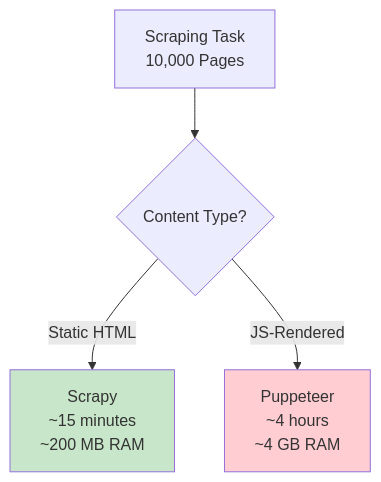
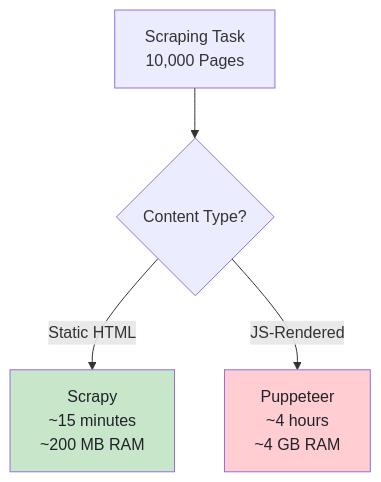
The third of 5 diagrams in _posts/2026-02-27-scrapy-vs-puppeteer-when-to-use-crawler-vs-browser.md (bytetunnels/bytetunnels.github.com), drawn with Mermaid before and after one commit. The commit also changed other lines of this file and 118 other files, not shown here.

Commit message:
feat: improve diagram styling and compact wide flowcharts

````diff
--- a/_posts/2026-02-27-scrapy-vs-puppeteer-when-to-use-crawler-vs-browser.md
+++ b/_posts/2026-02-27-scrapy-vs-puppeteer-when-to-use-crawler-vs-browser.md
@@ -90,9 +92,9 @@
 ```mermaid
 graph TD
     A["Scraping Task<br>10,000 Pages"] --> B{"Content Type?"}
     B -->|"Static HTML"| C["Scrapy<br>~15 minutes<br>~200 MB RAM"]
     B -->|"JS-Rendered"| D["Puppeteer<br>~4 hours<br>~4 GB RAM"]
 
-    style C fill:#c8e6c9
-    style D fill:#ffcdd2
+    style C fill:#c8e6c9,color:#1f2328
+    style D fill:#ffcdd2,color:#1f2328
 ```
````
